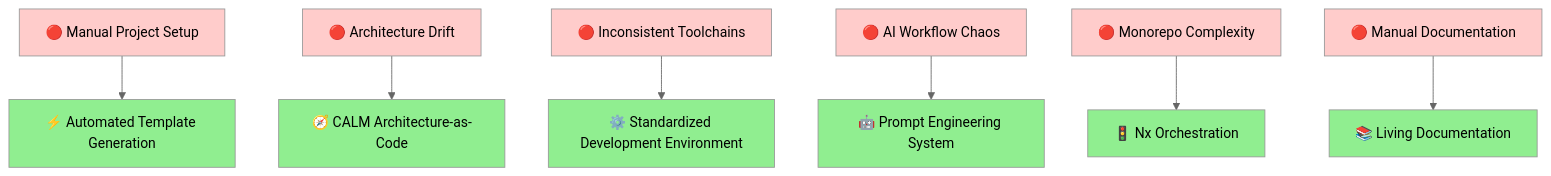
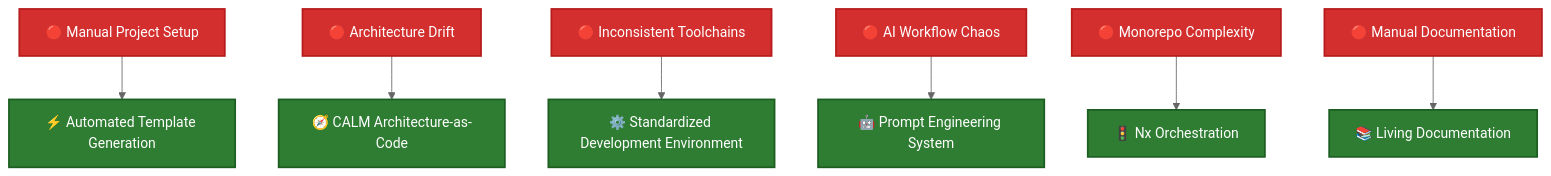
One commit to GodSpeedAI/VibePDK changed the first of 3 diagrams in README.md. Above: the diagram before and after it, drawn with Mermaid (neutral theme). The commit also changed other lines of this file, not shown here.

Commit message:
style: Update diagram colors and class definitions for improved visibility and consistency

````diff
--- a/README.md
+++ b/README.md
@@ -13,23 +13,23 @@
 ```mermaid
 graph TD
     A[🔴 Manual Project Setup] --> B[⚡ Automated Template Generation]
     C[🔴 Architecture Drift] --> D[🧭 CALM Architecture-as-Code]
     E[🔴 Inconsistent Toolchains] --> F[⚙️ Standardized Development Environment]
     G[🔴 AI Workflow Chaos] --> H[🤖 Prompt Engineering System]
     I[🔴 Monorepo Complexity] --> J[🚦 Nx Orchestration]
     K[🔴 Manual Documentation] --> L[📚 Living Documentation]
 
-    style A fill:#ffcccb
-    style C fill:#ffcccb
-    style E fill:#ffcccb
-    style G fill:#ffcccb
-    style I fill:#ffcccb
-    style K fill:#ffcccb
+    style A fill:#d32f2f,color:#ffffff,stroke:#b71c1c,stroke-width:2px
+    style C fill:#d32f2f,color:#ffffff,stroke:#b71c1c,stroke-width:2px
+    style E fill:#d32f2f,color:#ffffff,stroke:#b71c1c,stroke-width:2px
+    style G fill:#d32f2f,color:#ffffff,stroke:#b71c1c,stroke-width:2px
+    style I fill:#d32f2f,color:#ffffff,stroke:#b71c1c,stroke-width:2px
+    style K fill:#d32f2f,color:#ffffff,stroke:#b71c1c,stroke-width:2px
 
-    style B fill:#90ee90
-    style D fill:#90ee90
-    style F fill:#90ee90
-    style H fill:#90ee90
-    style J fill:#90ee90
-    style L fill:#90ee90
+    style B fill:#2e7d32,color:#ffffff,stroke:#1b5e20,stroke-width:2px
+    style D fill:#2e7d32,color:#ffffff,stroke:#1b5e20,stroke-width:2px
+    style F fill:#2e7d32,color:#ffffff,stroke:#1b5e20,stroke-width:2px
+    style H fill:#2e7d32,color:#ffffff,stroke:#1b5e20,stroke-width:2px
+    style J fill:#2e7d32,color:#ffffff,stroke:#1b5e20,stroke-width:2px
+    style L fill:#2e7d32,color:#ffffff,stroke:#1b5e20,stroke-width:2px
 ```
````
